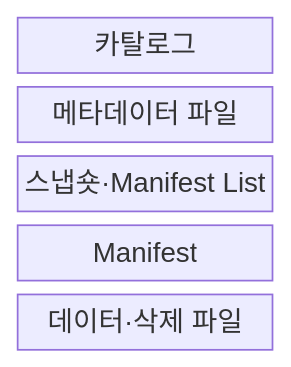
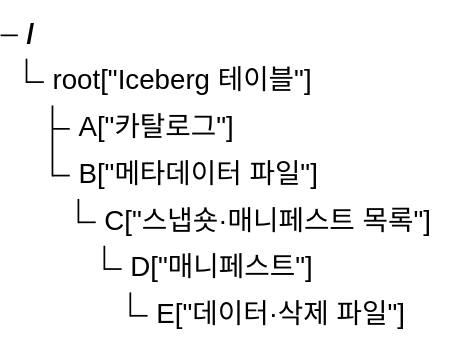
The first of 2 diagrams in src/content/docs/notes/03-software/128_apache_iceberg.md (agnusdei1207/knowledge-base), drawn with Mermaid before and after one commit. The commit also changed other lines of this file and 20 other files, not shown here.

````diff
--- a/src/content/docs/notes/03-software/128_apache_iceberg.md
+++ b/src/content/docs/notes/03-software/128_apache_iceberg.md
@@ -57,9 +58,9 @@
 ```mermaid
-block-beta
-    columns 1
-    A["카탈로그"]
-    B["메타데이터 파일"]
-    C["스냅숏·Manifest List"]
-    D["Manifest"]
-    E["데이터·삭제 파일"]
+treeView-beta
+    root["Iceberg 테이블"]
+        A["카탈로그"]
+        B["메타데이터 파일"]
+            C["스냅숏·매니페스트 목록"]
+                D["매니페스트"]
+                    E["데이터·삭제 파일"]
 ```
````
